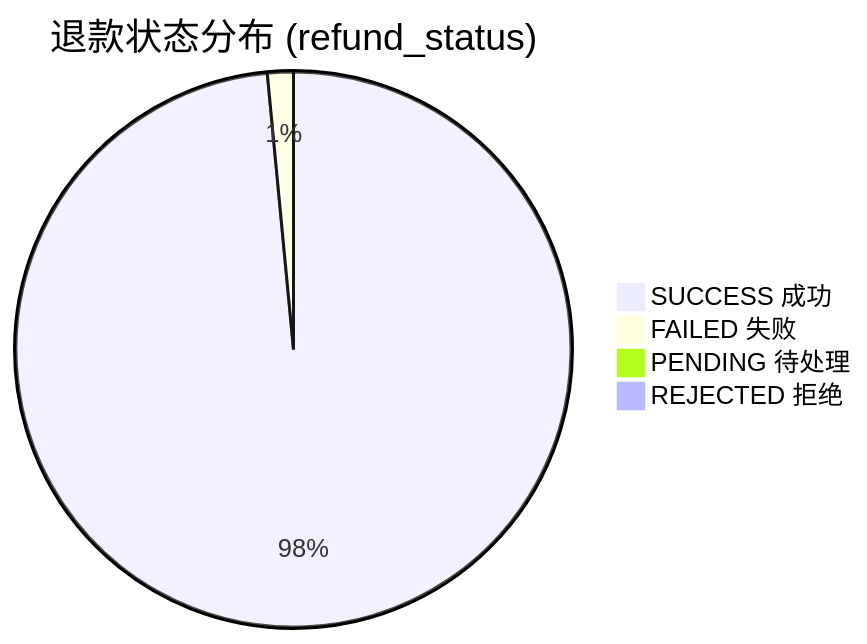
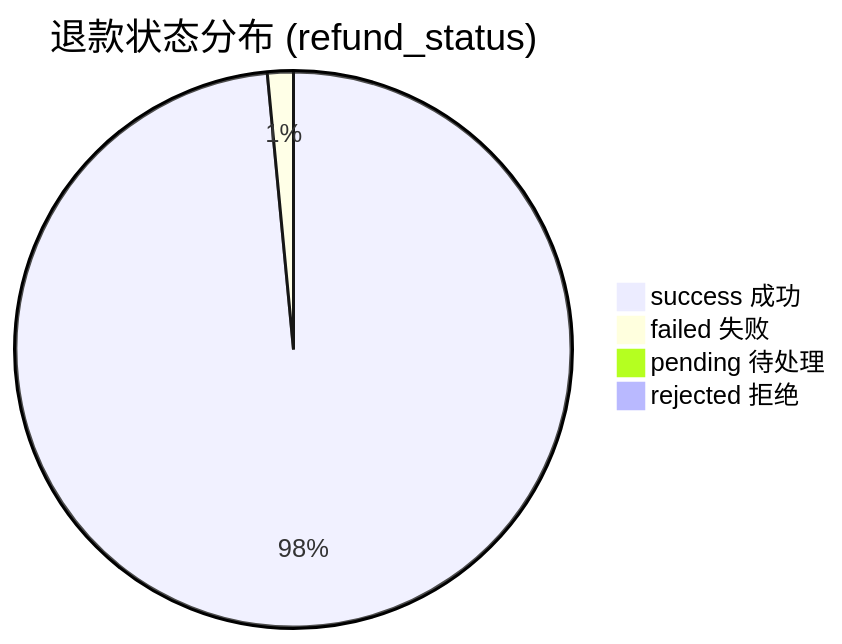
One commit to yiancode/AutoDepositRefundAgent changed the second of 4 diagrams in docs/v1/user-stories/EP06-统计报表.md. Above: the diagram before and after it, drawn with Mermaid. The commit also changed other lines of this file and 2 other files, not shown here.

````diff
--- a/docs/v1/user-stories/EP06-统计报表.md
+++ b/docs/v1/user-stories/EP06-统计报表.md
@@ -533,7 +533,7 @@
 ```mermaid
 pie title 退款状态分布 (refund_status)
-    "SUCCESS 成功" : 980
-    "FAILED 失败" : 15
-    "PENDING 待处理" : 5
-    "REJECTED 拒绝" : 3
+    "success 成功" : 980
+    "failed 失败" : 15
+    "pending 待处理" : 5
+    "rejected 拒绝" : 3
 ```
````
